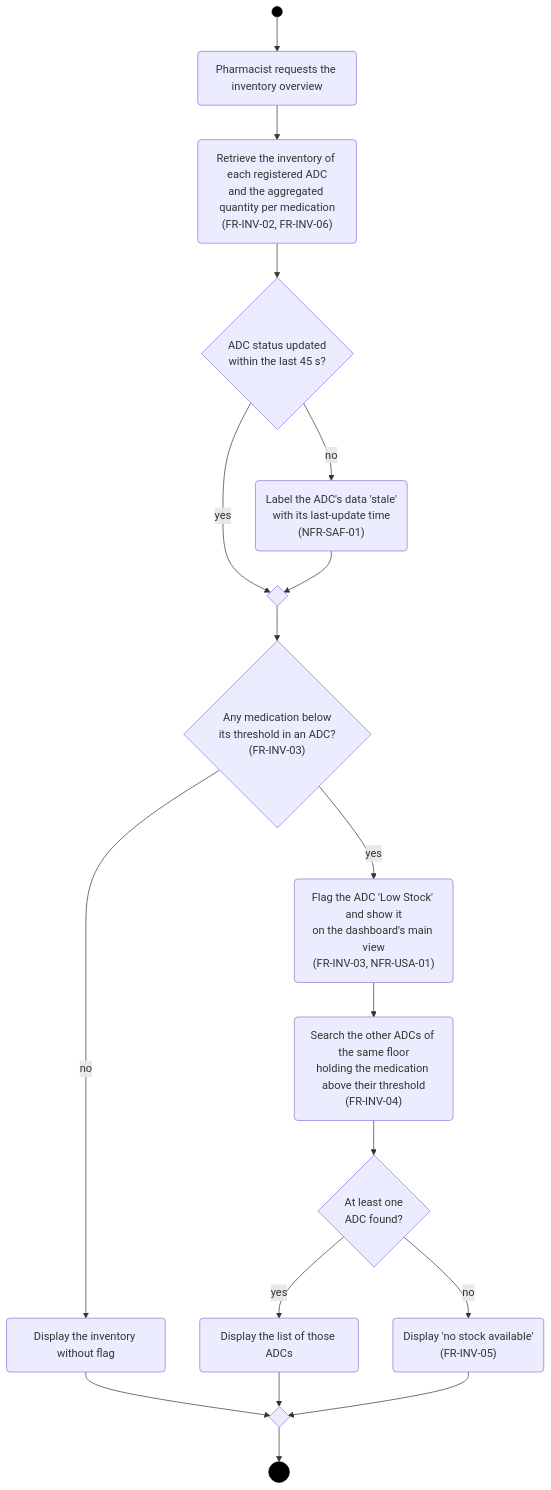
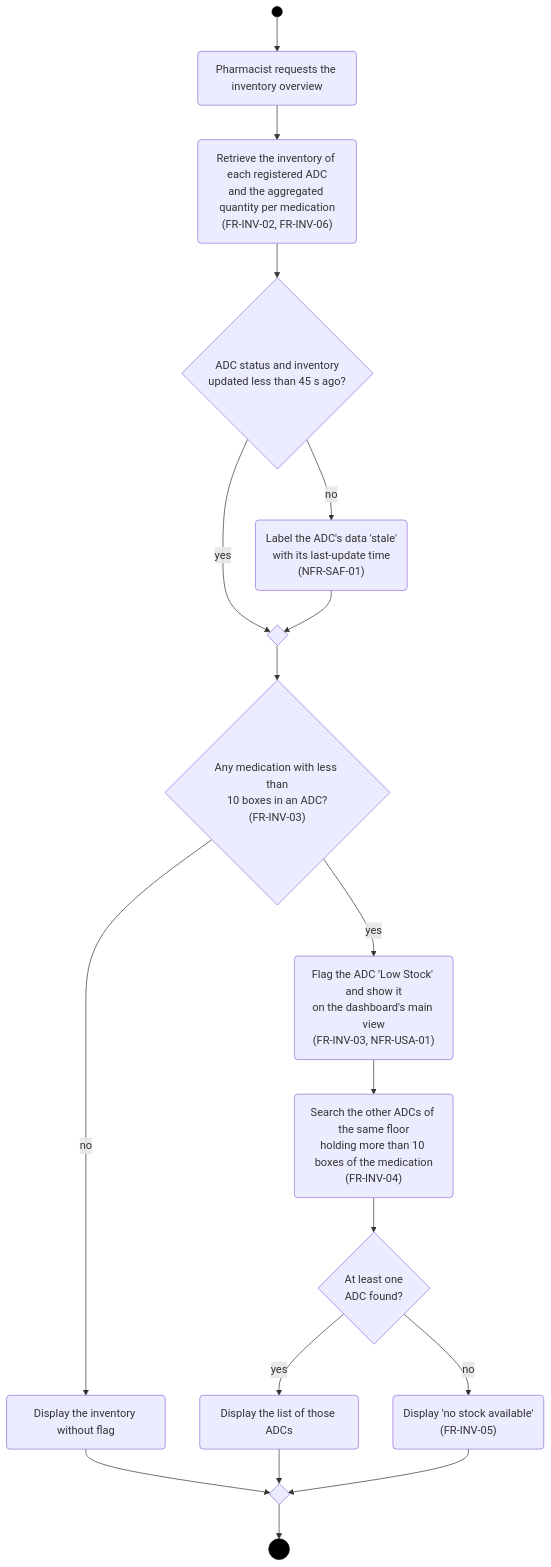
The first of 4 diagrams in docs/part-b/diagrams/activity-diagram.md (LukaMrt/3K04-project), drawn with Mermaid before and after one commit. The commit also changed other lines of this file and 10 other files, not shown here.

````diff
--- a/docs/part-b/diagrams/activity-diagram.md
+++ b/docs/part-b/diagrams/activity-diagram.md
@@ -5,25 +5,25 @@
 ```mermaid
 flowchart TD
     Start((" ")) --> Request("Pharmacist requests the inventory overview")
     Request --> Retrieve("Retrieve the inventory of each registered ADC<br/>and the aggregated quantity per medication<br/>(FR-INV-02, FR-INV-06)")
-    Retrieve --> Fresh{"ADC status updated<br/>within the last 45 s?"}
+    Retrieve --> Fresh{"ADC status and inventory<br/>updated less than 45 s ago?"}
     Fresh -- "no" --> Stale("Label the ADC's data 'stale'<br/>with its last-update time<br/>(NFR-SAF-01)")
     Fresh -- "yes" --> M1{" "}
     Stale --> M1
-    M1 --> Low{"Any medication below<br/>its threshold in an ADC?<br/>(FR-INV-03)"}
+    M1 --> Low{"Any medication with less than<br/>10 boxes in an ADC?<br/>(FR-INV-03)"}
     Low -- "no" --> ShowAll("Display the inventory without flag")
     Low -- "yes" --> Flag("Flag the ADC 'Low Stock' and show it<br/>on the dashboard's main view<br/>(FR-INV-03, NFR-USA-01)")
-    Flag --> Search("Search the other ADCs of the same floor<br/>holding the medication above their threshold<br/>(FR-INV-04)")
+    Flag --> Search("Search the other ADCs of the same floor<br/>holding more than 10 boxes of the medication<br/>(FR-INV-04)")
     Search --> Found{"At least one<br/>ADC found?"}
     Found -- "yes" --> List("Display the list of those ADCs")
     Found -- "no" --> NoStock("Display 'no stock available'<br/>(FR-INV-05)")
     ShowAll --> M2{" "}
     List --> M2
     NoStock --> M2
     M2 --> End(((" ")))
 
     classDef initial fill:#000,stroke:#000;
     classDef final fill:#000,stroke:#000;
     class Start initial;
     class End final;
 ```
````
